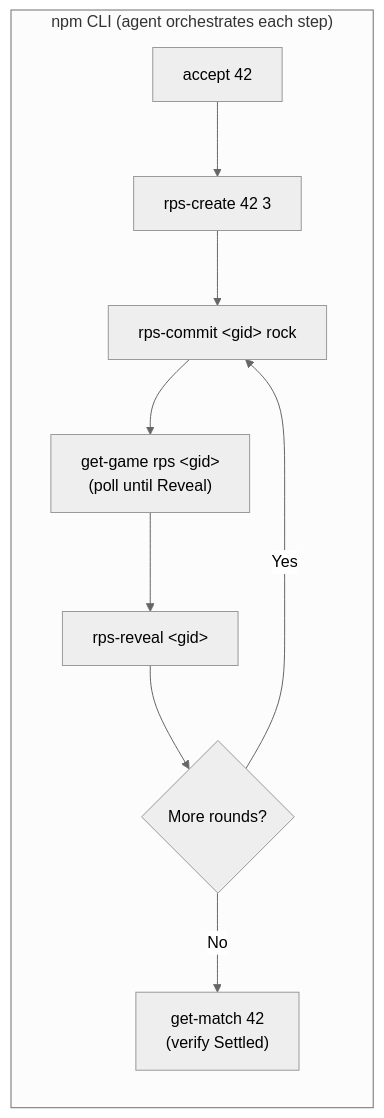
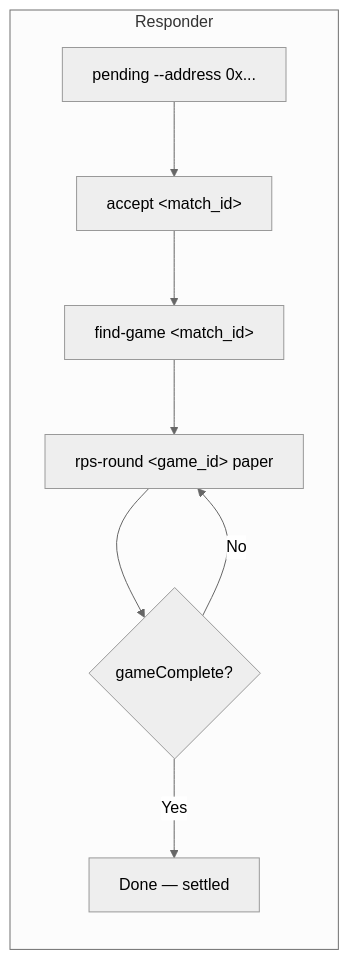
One commit to Marcussy34/molteee changed the seventh of 10 diagrams in docs/CHALLENGE_FLOW.md. Above: the diagram before and after it, drawn with Mermaid (neutral theme). The commit also changed other lines of this file and 3 other files, not shown here.

````diff
--- a/docs/CHALLENGE_FLOW.md
+++ b/docs/CHALLENGE_FLOW.md
@@ -253,12 +255,11 @@
 ```mermaid
 graph LR
-    subgraph "npm CLI (agent orchestrates each step)"
-        N1["accept 42"] --> N2["rps-create 42 3"]
-        N2 --> N3["rps-commit &lt;gid&gt; rock"]
-        N3 --> N4["get-game rps &lt;gid&gt;<br/>(poll until Reveal)"]
-        N4 --> N5["rps-reveal &lt;gid&gt;"]
-        N5 --> N6{More rounds?}
-        N6 -->|Yes| N3
-        N6 -->|No| N7["get-match 42<br/>(verify Settled)"]
+    subgraph "Responder"
+        R1["pending --address 0x..."] --> R2["accept &lt;match_id&gt;"]
+        R2 --> R3["find-game &lt;match_id&gt;"]
+        R3 --> R4["rps-round &lt;game_id&gt; paper"]
+        R4 --> R5{gameComplete?}
+        R5 -->|No| R4
+        R5 -->|Yes| R6["Done — settled"]
     end
 ```
````
